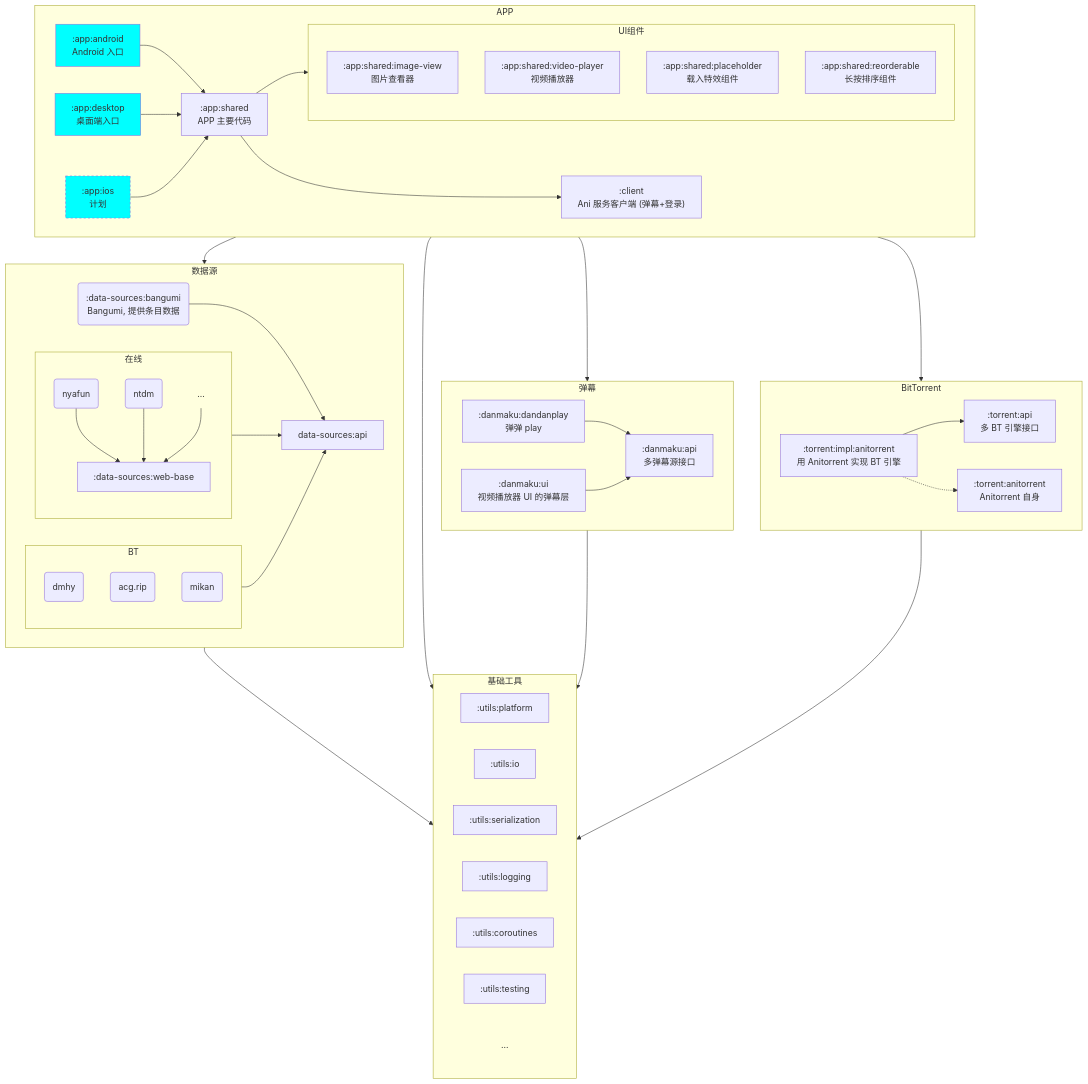
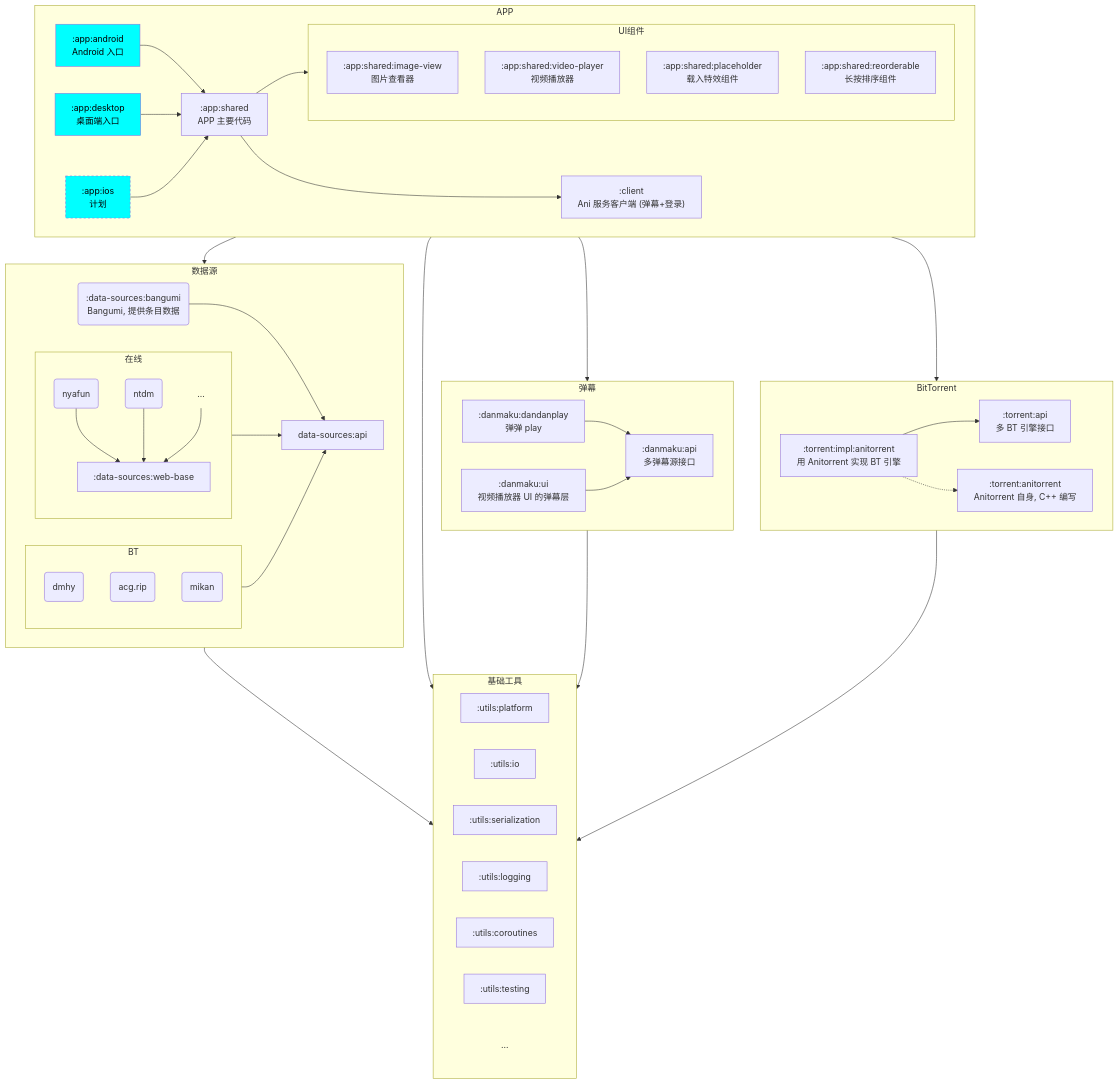
One commit to open-ani/ani changed the second of 2 diagrams in CONTRIBUTING.md. Above: the diagram before and after it, drawn with Mermaid. The commit also changed other lines of this file and 3 other files, not shown here.

```diff
--- a/CONTRIBUTING.md
+++ b/CONTRIBUTING.md
@@ -179,7 +194,7 @@
 
         在线 --> data-sources:api
         BT --> data-sources:api
-        data-sources:bangumi(:data-sources:bangumi\nBangumi, 提供条目数据) --> data-sources:api
+        data-sources:bangumi(:data-sources:bangumi<br/>Bangumi, 提供条目数据) --> data-sources:api
     end
 
     数据源 --> 基础工具
@@ -187,18 +202,18 @@
     APP --> 数据源
 
     subgraph "弹幕"
-        danmaku:api[:danmaku:api \n 多弹幕源接口]
-        danmaku:dandanplay[:danmaku:dandanplay\n 弹弹 play] --> danmaku:api
-        danmaku:ui[:danmaku:ui\n 视频播放器 UI 的弹幕层] --> danmaku:api
+        danmaku:api[:danmaku:api <br/> 多弹幕源接口]
+        danmaku:dandanplay[:danmaku:dandanplay<br/> 弹弹 play] --> danmaku:api
+        danmaku:ui[:danmaku:ui<br/> 视频播放器 UI 的弹幕层] --> danmaku:api
     end
 
     弹幕 --> 基础工具
     APP --> 弹幕
 
     subgraph "BitTorrent"
-        torrent:api[:torrent:api\n多 BT 引擎接口]
-        torrent:anitorrent[:torrent:anitorrent\nAnitorrent 自身]
-        torrent:impl:anitorrent[:torrent:impl:anitorrent\n用 Anitorrent 实现 BT 引擎] --> torrent:api
+        torrent:api[:torrent:api<br/>多 BT 引擎接口]
+        torrent:anitorrent[:torrent:anitorrent<br/>Anitorrent 自身, C++ 编写]
+        torrent:impl:anitorrent[:torrent:impl:anitorrent<br/>用 Anitorrent 实现 BT 引擎] --> torrent:api
         torrent:impl:anitorrent .-> torrent:anitorrent
     end
 
@@ -206,21 +221,21 @@
     APP --> BitTorrent
 
     subgraph "APP"
-        android[":app:android \n Android 入口"] --> shared
-        desktop[":app:desktop \n 桌面端入口"] --> shared
-        ios[":app:ios \n 计划"] --> shared
-        client[":client\nAni 服务客户端 (弹幕+登录)"]
-        shared[":app:shared\nAPP 主要代码"] --> client
-        style android fill: cyan
-        style desktop fill: cyan
-        style ios fill: cyan, stroke-dasharray: 4 4
+        android[":app:android <br/> Android 入口"] --> shared
+        desktop[":app:desktop <br/> 桌面端入口"] --> shared
+        ios[":app:ios <br/> 计划"] --> shared
+        client[":client<br/>Ani 服务客户端 (弹幕+登录)"]
+        shared[":app:shared<br/>APP 主要代码"] --> client
+        style android fill: cyan, color: black
+        style desktop fill: cyan, color: black
+        style ios fill: cyan, stroke-dasharray: 4 4, color: black
 
         subgraph "UI组件"
             direction TB
-            image-viewer[:app:shared:image-view\n图片查看器]
-            video-player[:app:shared:video-player\n视频播放器]
-            placeholder[:app:shared:placeholder\n载入特效组件]
-            reorderable[:app:shared:reorderable\n长按排序组件]
+            image-viewer[:app:shared:image-view<br/>图片查看器]
+            video-player[:app:shared:video-player<br/>视频播放器]
+            placeholder[:app:shared:placeholder<br/>载入特效组件]
+            reorderable[:app:shared:reorderable<br/>长按排序组件]
         end
 
         shared --> UI组件
```
